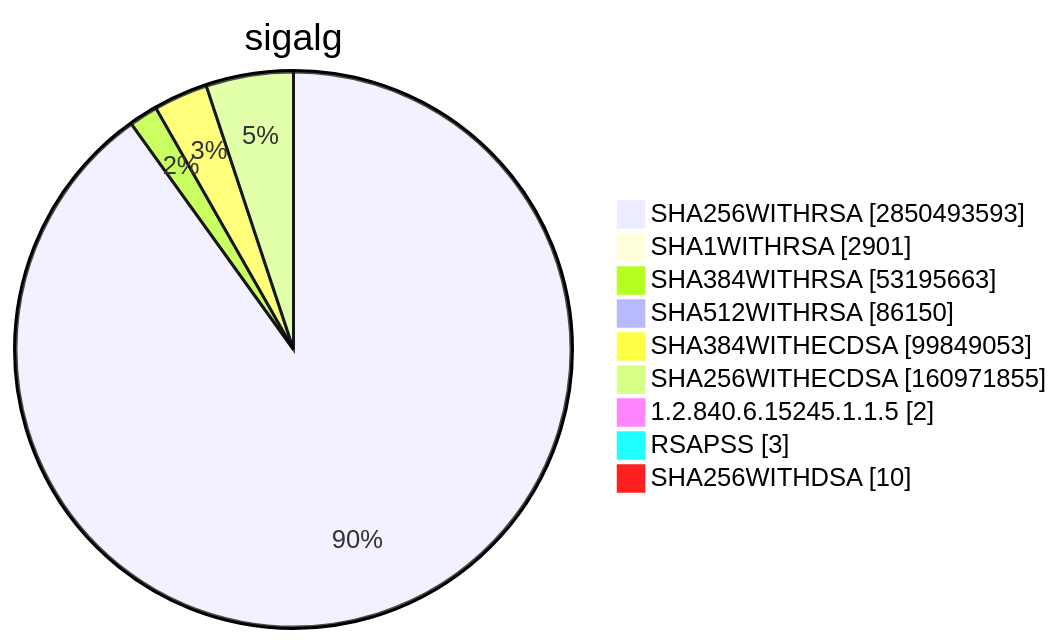
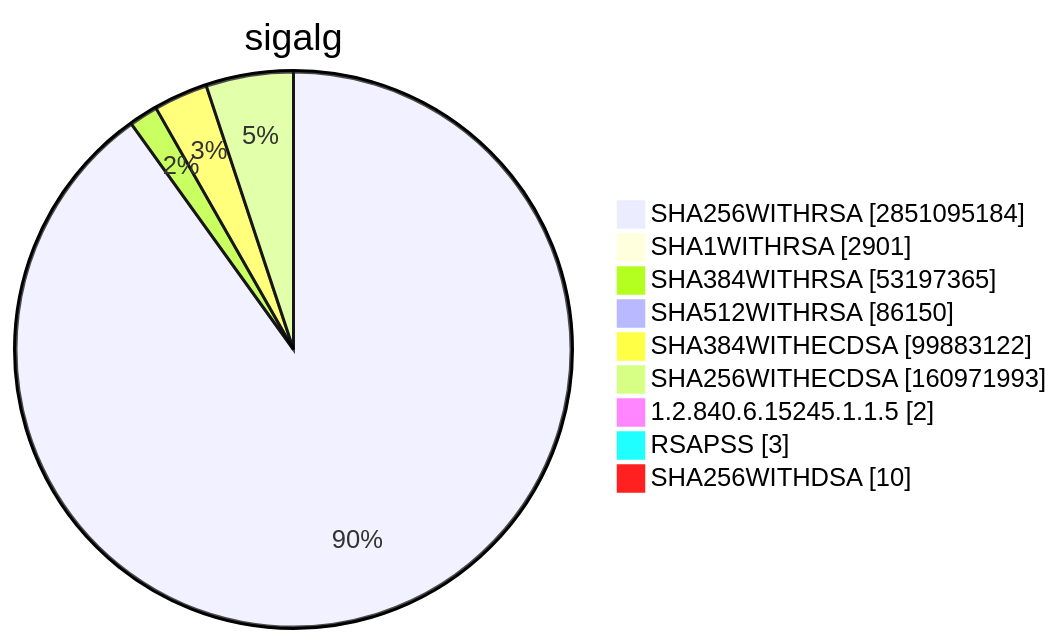
Diagram 15 of 15 in TOTAL/README.md (christiankrug/ctmonitor_visualization), drawn with Mermaid before and after one commit. The commit also changed other lines of this file, not shown here.

````diff
--- a/TOTAL/README.md
+++ b/TOTAL/README.md
@@ -6207,13 +6207,13 @@
 ```mermaid
 pie showData
 title sigalg
-"SHA256WITHRSA" :2850493593
+"SHA256WITHRSA" :2851095184
 "SHA1WITHRSA" :2901
-"SHA384WITHRSA" :53195663
+"SHA384WITHRSA" :53197365
 "SHA512WITHRSA" :86150
-"SHA384WITHECDSA" :99849053
-"SHA256WITHECDSA" :160971855
+"SHA384WITHECDSA" :99883122
+"SHA256WITHECDSA" :160971993
 "1.2.840.6.15245.1.1.5" :2
 "RSAPSS" :3
 "SHA256WITHDSA" :10
 ```
````
